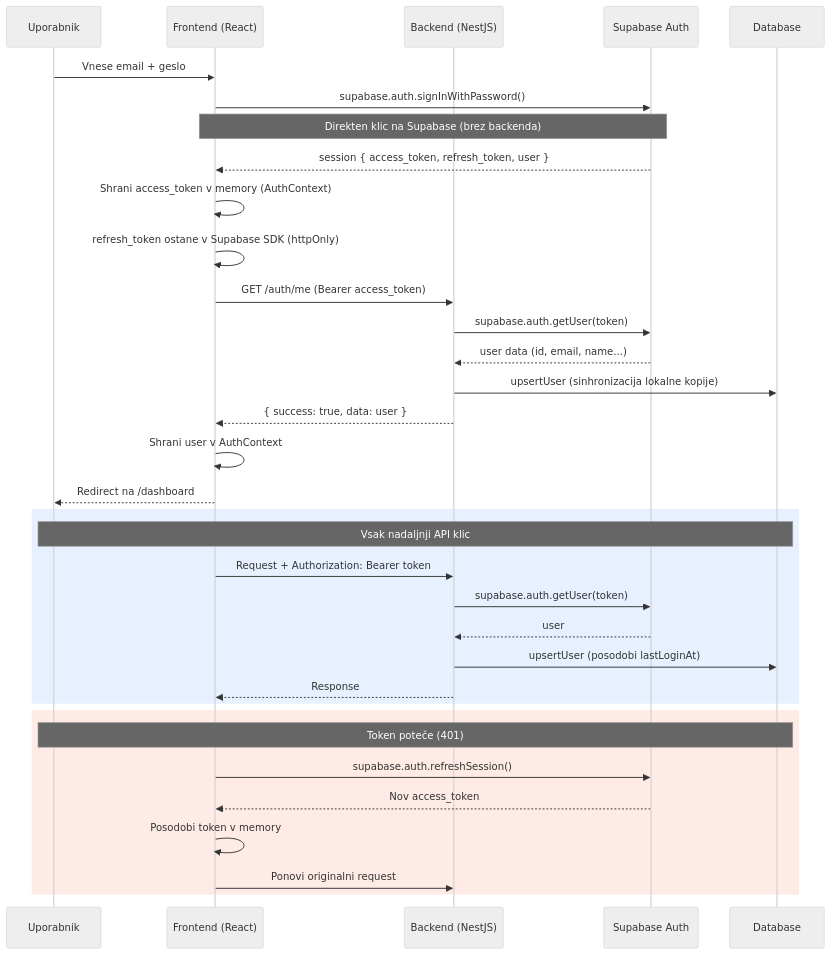
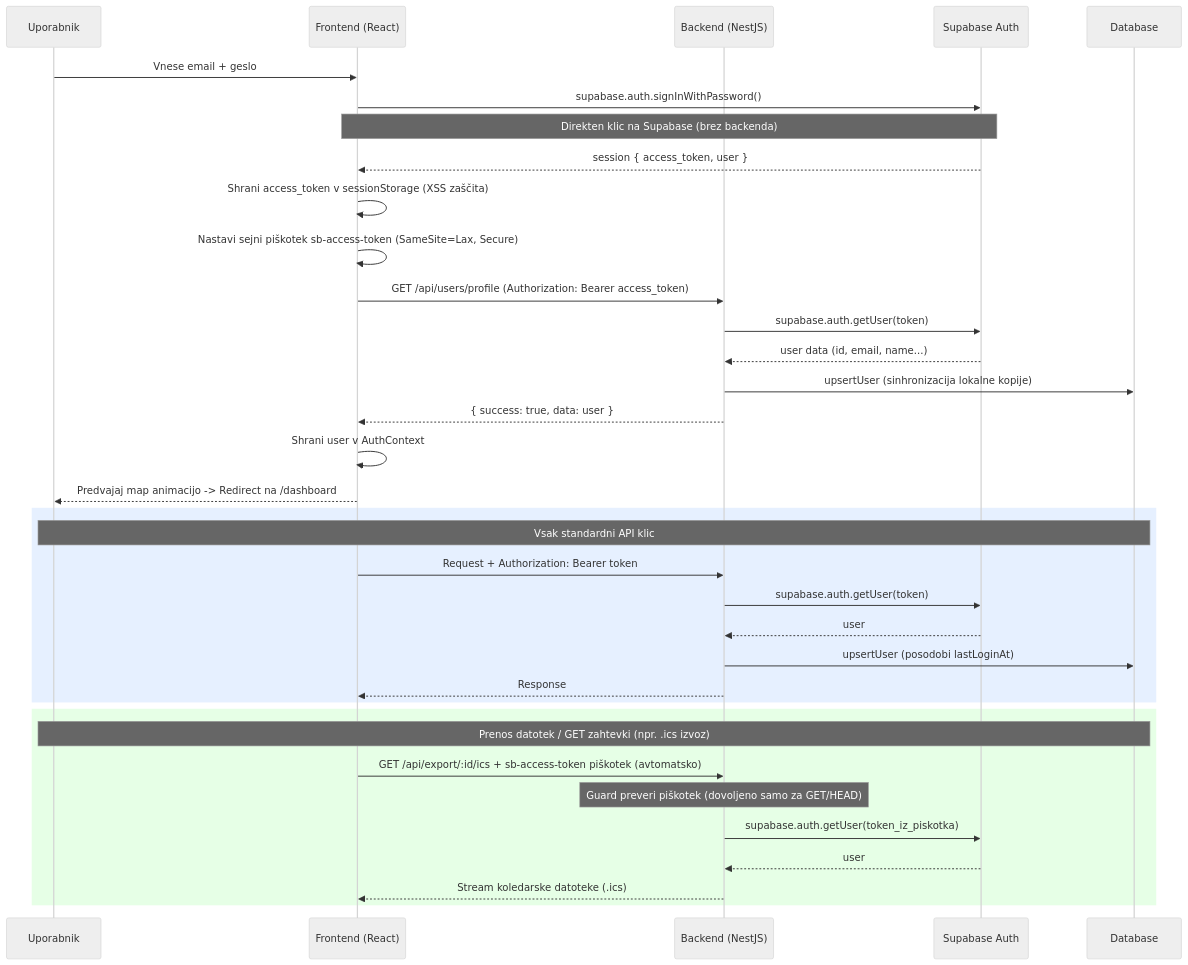
The first of 11 diagrams in docs/data-flows.md (Anchevskiii/Routiq), drawn with Mermaid (neutral theme) before and after one commit. The commit also changed other lines of this file and 1 other file, not shown here.

Commit message:
docs(auth): document sessionStorage, session cookies, and CSRF guard changes

````diff
--- a/docs/data-flows.md
+++ b/docs/data-flows.md
@@ -27,39 +27,40 @@
 ```mermaid
 sequenceDiagram
     participant U as Uporabnik
     participant FE as Frontend (React)
     participant BE as Backend (NestJS)
     participant SB as Supabase Auth
     participant DB as Database
 
     U->>FE: Vnese email + geslo
     FE->>SB: supabase.auth.signInWithPassword()
     Note over FE,SB: Direkten klic na Supabase (brez backenda)
-    SB-->>FE: session { access_token, refresh_token, user }
-    FE->>FE: Shrani access_token v memory (AuthContext)
-    FE->>FE: refresh_token ostane v Supabase SDK (httpOnly)
-    FE->>BE: GET /auth/me (Bearer access_token)
+    SB-->>FE: session { access_token, user }
+    FE->>FE: Shrani access_token v sessionStorage (XSS zaščita)
+    FE->>FE: Nastavi sejni piškotek sb-access-token (SameSite=Lax, Secure)
+    FE->>BE: GET /api/users/profile (Authorization: Bearer access_token)
     BE->>SB: supabase.auth.getUser(token)
     SB-->>BE: user data (id, email, name...)
     BE->>DB: upsertUser (sinhronizacija lokalne kopije)
     BE-->>FE: { success: true, data: user }
     FE->>FE: Shrani user v AuthContext
-    FE-->>U: Redirect na /dashboard
+    FE-->>U: Predvajaj map animacijo -> Redirect na /dashboard
 
     rect rgb(230, 240, 255)
-        Note over U,DB: Vsak nadaljnji API klic
+        Note over U,DB: Vsak standardni API klic
         FE->>BE: Request + Authorization: Bearer token
         BE->>SB: supabase.auth.getUser(token)
         SB-->>BE: user
         BE->>DB: upsertUser (posodobi lastLoginAt)
         BE-->>FE: Response
     end
 
-    rect rgb(255, 235, 230)
-        Note over U,DB: Token poteče (401)
-        FE->>SB: supabase.auth.refreshSession()
-        SB-->>FE: Nov access_token
-        FE->>FE: Posodobi token v memory
-        FE->>BE: Ponovi originalni request
+    rect rgb(230, 255, 230)
+        Note over U,DB: Prenos datotek / GET zahtevki (npr. .ics izvoz)
+        FE->>BE: GET /api/export/:id/ics + sb-access-token piškotek (avtomatsko)
+        Note over BE: Guard preveri piškotek (dovoljeno samo za GET/HEAD)
+        BE->>SB: supabase.auth.getUser(token_iz_piskotka)
+        SB-->>BE: user
+        BE-->>FE: Stream koledarske datoteke (.ics)
     end
 ```
````
